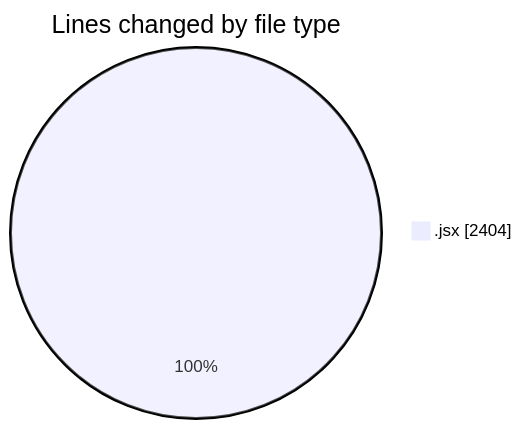
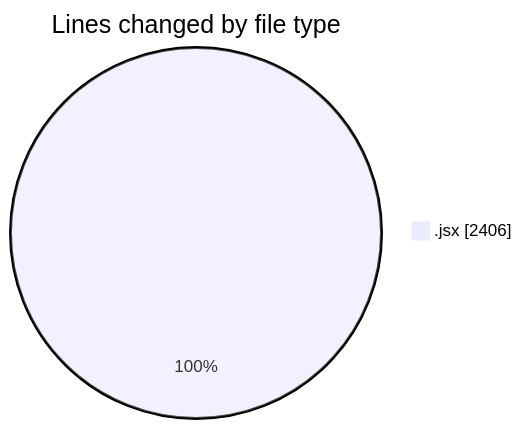
Before and after one commit to nxtqubesakshisongat/code-tracking: the first of 2 diagrams in 2025-08-26/nxtqube_webapp/README.md, drawn with Mermaid. The commit also changed other lines of this file and 1 other file, not shown here.

````diff
--- a/2025-08-26/nxtqube_webapp/README.md
+++ b/2025-08-26/nxtqube_webapp/README.md
@@ -26,5 +26,5 @@
 ```mermaid
 pie showData
 title Lines changed by file type
-".jsx" : 2404
+".jsx" : 2406
 ```
````
